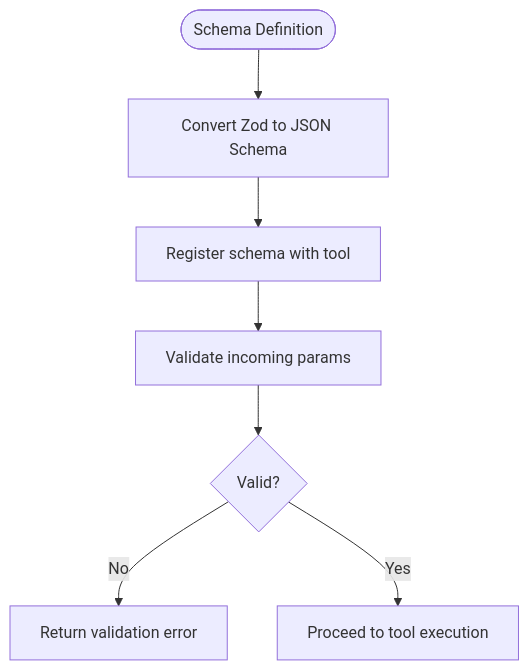
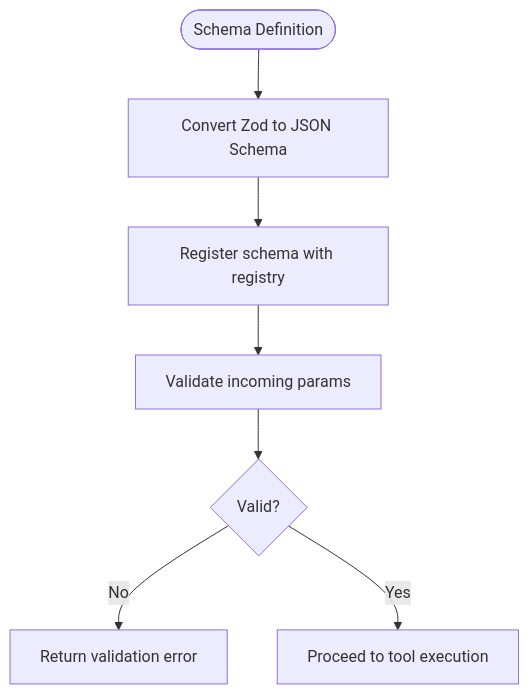
One commit to debian777/kairos-mcp changed diagram 12 of 14 in .qoder/repowiki/en/content/Project Overview/Core Concepts/Tool Development and Registry.md. Above: the diagram before and after it, drawn with Mermaid. The commit also changed other lines of this file and 7 other files, not shown here.

````diff
--- a/.qoder/repowiki/en/content/Project Overview/Core Concepts/Tool Development and Registry.md
+++ b/.qoder/repowiki/en/content/Project Overview/Core Concepts/Tool Development and Registry.md
@@ -499,9 +603,9 @@
 ```mermaid
 flowchart TD
 Start(["Schema Definition"]) --> Convert["Convert Zod to JSON Schema"]
-Convert --> Register["Register schema with tool"]
+Convert --> Register["Register schema with registry"]
 Register --> Validate["Validate incoming params"]
 Validate --> Pass{"Valid?"}
 Pass --> |No| Error["Return validation error"]
 Pass --> |Yes| Proceed["Proceed to tool execution"]
 ```
````
